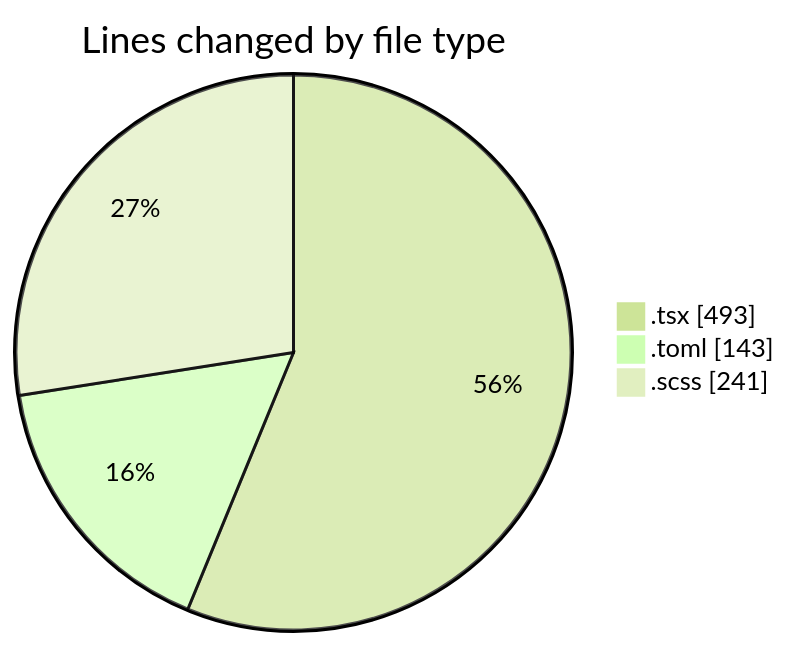
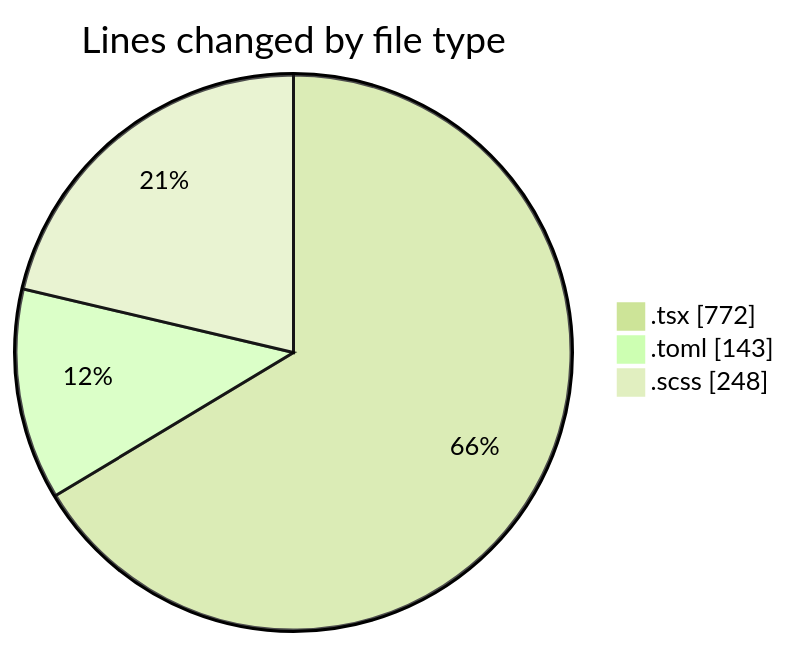
One commit to momahboobian/code-tracking changed the first of 2 diagrams in 2026-11-02/cda/README.md. Above: the diagram before and after it, drawn with Mermaid (forest theme). The commit also changed other lines of this file and 1 other file, not shown here.

````diff
--- a/2026-11-02/cda/README.md
+++ b/2026-11-02/cda/README.md
@@ -23,7 +24,7 @@
 ```mermaid
 pie showData
 title Lines changed by file type
-".tsx" : 493
+".tsx" : 772
 ".toml" : 143
-".scss" : 241
+".scss" : 248
 ```
````
